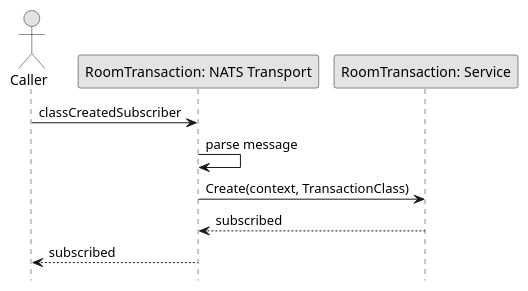
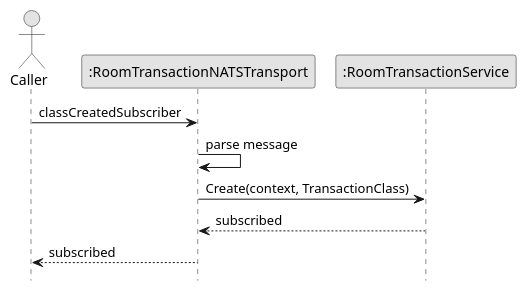
One commit to fwidjaya20/fazzlearning-uml changed the diagram in Sequence/Release02/TRANSACTION_SubscribeClassCreated.wsd. Above: the diagram before and after it, drawn with PlantUML. The commit also changed 108 other files, not shown here.

Commit message:
fix(diagram): change participant format name (#30)

```diff
--- a/Sequence/Release02/TRANSACTION_SubscribeClassCreated.wsd
+++ b/Sequence/Release02/TRANSACTION_SubscribeClassCreated.wsd
@@ -1,18 +1,18 @@
 @startuml SubscribeClassCreated
 
 skinparam ConditionStyle hline
 skinparam Monochrome true
 skinparam Shadowing false
 hide footbox
 
 actor Caller
-participant "RoomTransaction: NATS Transport" as RoomTransactionNATSTransport
-participant "RoomTransaction: Service" as RoomTransactionService
+participant ":RoomTransactionNATSTransport" as RoomTransactionNATSTransport
+participant ":RoomTransactionService" as RoomTransactionService
 
 Caller->RoomTransactionNATSTransport: classCreatedSubscriber
 RoomTransactionNATSTransport->RoomTransactionNATSTransport: parse message
 RoomTransactionNATSTransport->RoomTransactionService: Create(context, TransactionClass)
 RoomTransactionService-->RoomTransactionNATSTransport: subscribed
 RoomTransactionNATSTransport-->Caller: subscribed
 
 @enduml
```
